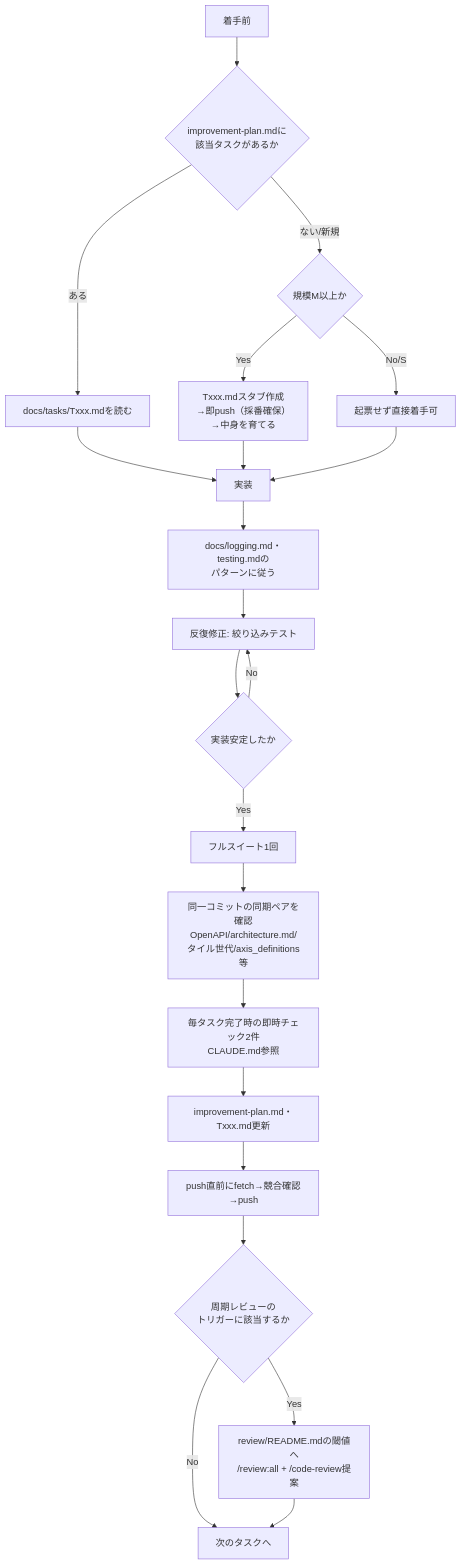
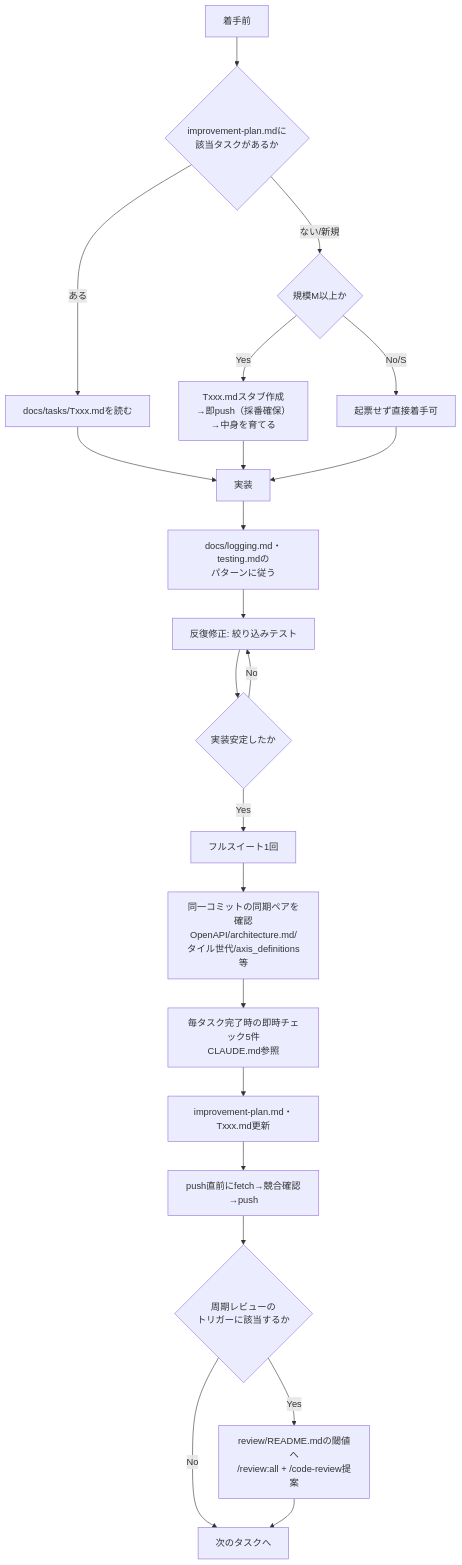
One commit to hidakagit/ride-compass changed the diagram in docs/workflow.md. Above: the diagram before and after it, drawn with Mermaid. The commit also changed other lines of this file and 5 other files, not shown here.

````diff
--- a/docs/workflow.md
+++ b/docs/workflow.md
@@ -7,24 +7,24 @@
 ```mermaid
 flowchart TD
     A[着手前] --> B{improvement-plan.mdに\n該当タスクがあるか}
     B -->|ある| C[docs/tasks/Txxx.mdを読む]
     B -->|ない/新規| D{規模M以上か}
     D -->|Yes| E[Txxx.mdスタブ作成\n→即push（採番確保）\n→中身を育てる]
     D -->|No/S| F[起票せず直接着手可]
     C --> G
     E --> G
     F --> G[実装]
     G --> H[docs/logging.md・testing.mdの\nパターンに従う]
     H --> I[反復修正: 絞り込みテスト]
     I --> J{実装安定したか}
     J -->|No| I
     J -->|Yes| K[フルスイート1回]
     K --> L[同一コミットの同期ペアを確認\nOpenAPI/architecture.md/\nタイル世代/axis_definitions等]
-    L --> M[毎タスク完了時の即時チェック2件\nCLAUDE.md参照]
+    L --> M[毎タスク完了時の即時チェック5件\nCLAUDE.md参照]
     M --> N[improvement-plan.md・Txxx.md更新]
     N --> O[push直前にfetch→競合確認→push]
     O --> P{周期レビューの\nトリガーに該当するか}
     P -->|Yes| Q["review/README.mdの閾値へ\n/review:all + /code-review提案"]
     P -->|No| R[次のタスクへ]
     Q --> R
 ```
````
